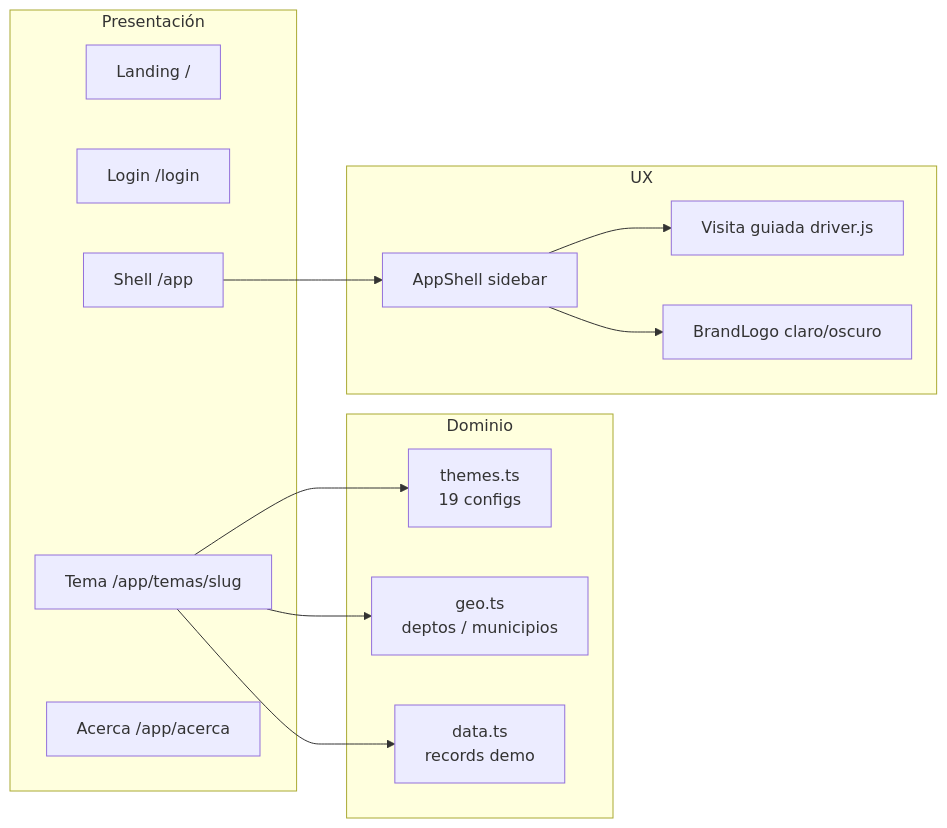
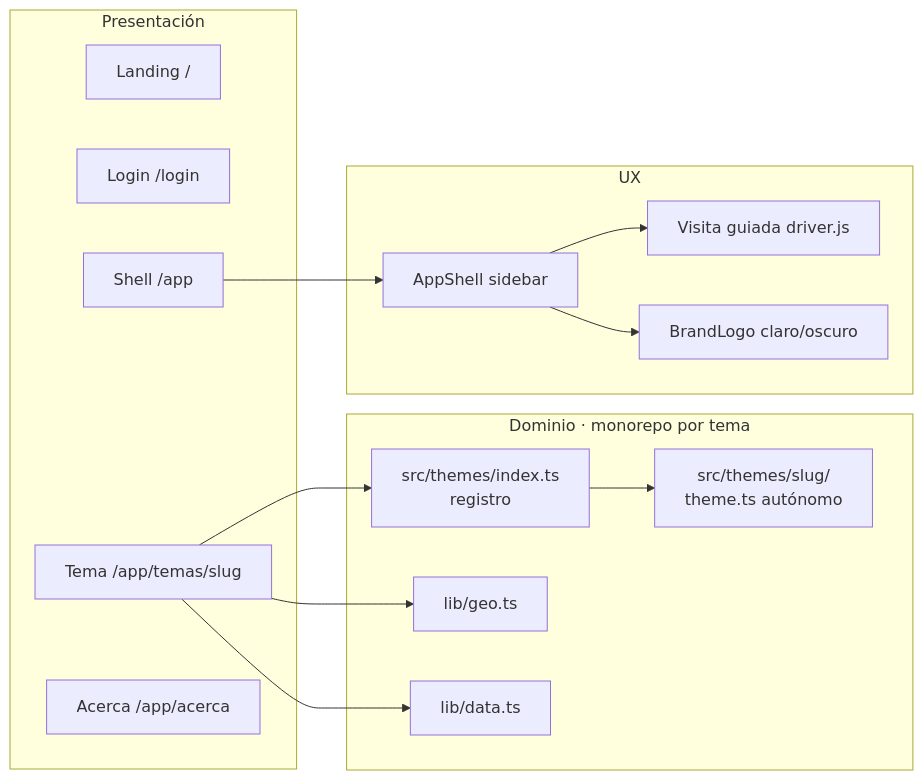
One commit to PhDRedondo/ungrd-temas-operativos changed the second of 17 diagrams in README.md. Above: the diagram before and after it, drawn with Mermaid. The commit also changed other lines of this file and 65 other files, not shown here.

````diff
--- a/README.md
+++ b/README.md
@@ -78,29 +80,31 @@
 ```mermaid
 flowchart LR
   subgraph Presentación
     P1["Landing /"]
     P2["Login /login"]
     P3["Shell /app"]
     P4["Tema /app/temas/slug"]
     P5["Acerca /app/acerca"]
   end
 
-  subgraph Dominio
-    D1["themes.ts<br/>19 configs"]
-    D2["geo.ts<br/>deptos / municipios"]
-    D3["data.ts<br/>records demo"]
+  subgraph Dominio["Dominio · monorepo por tema"]
+    D0["src/themes/index.ts<br/>registro"]
+    D1["src/themes/slug/<br/>theme.ts autónomo"]
+    D2["lib/geo.ts"]
+    D3["lib/data.ts"]
   end
 
   subgraph UX
     U1["AppShell sidebar"]
     U2["Visita guiada driver.js"]
     U3["BrandLogo claro/oscuro"]
   end
 
   P3 --> U1
-  P4 --> D1
+  P4 --> D0
+  D0 --> D1
   P4 --> D2
   P4 --> D3
   U1 --> U2
   U1 --> U3
 ```
````
